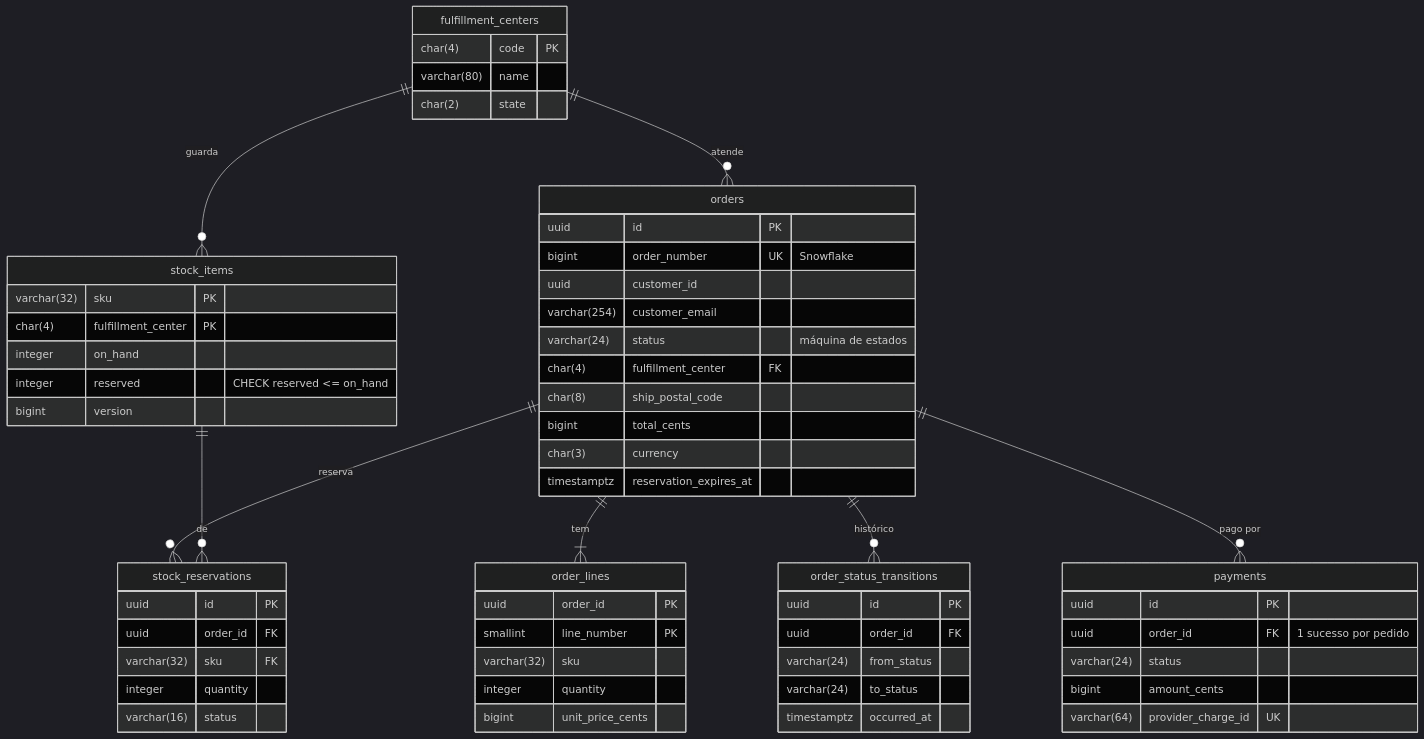
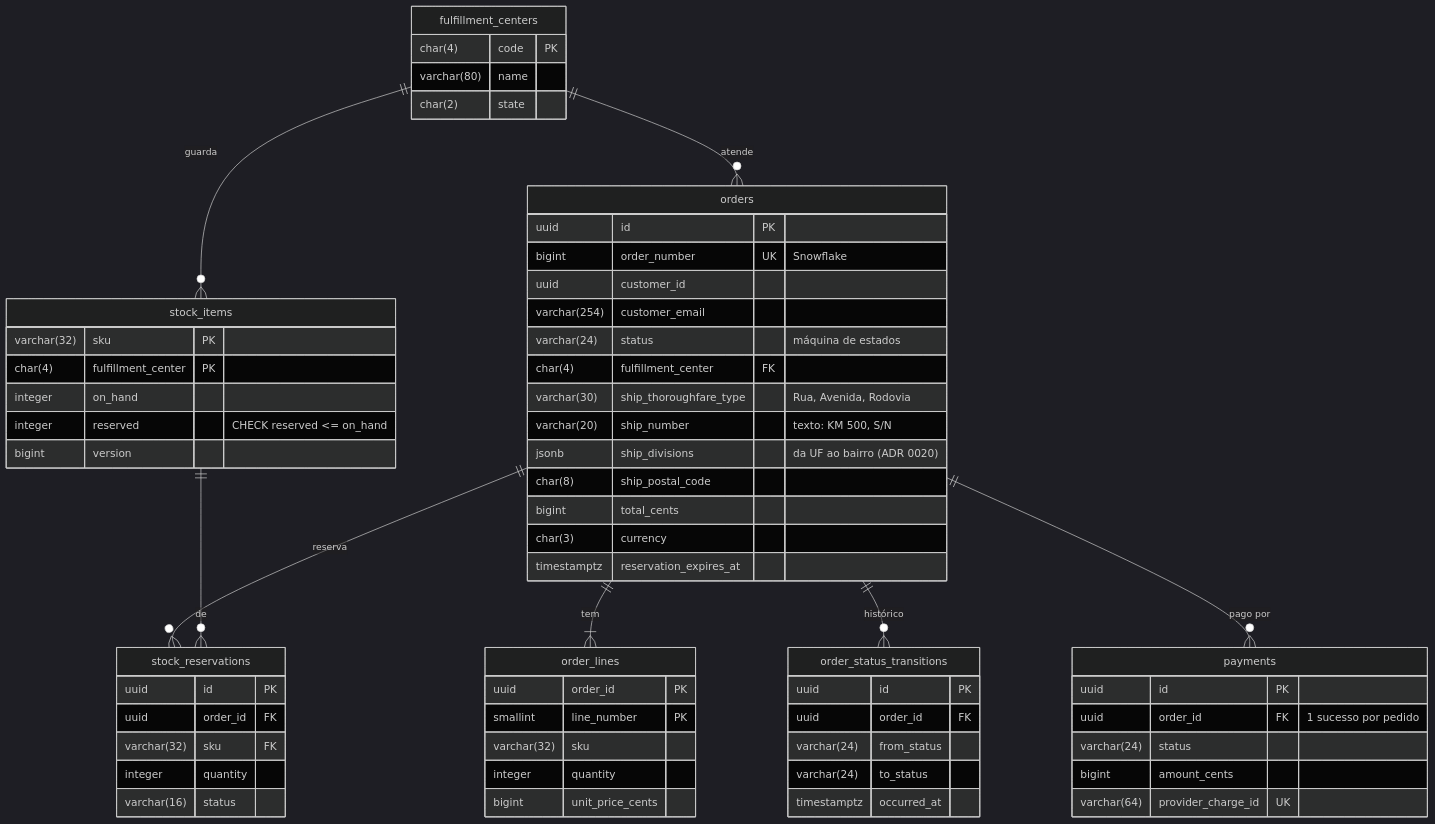
The second of 3 diagrams in docs/architecture/data-model.md (flaviotinococoutinho/Tucano_vibe_chaos), drawn with Mermaid (dark theme) before and after one commit. The commit also changed other lines of this file and 12 other files, not shown here.

````diff
--- a/docs/architecture/data-model.md
+++ b/docs/architecture/data-model.md
@@ -65,63 +65,66 @@
 ```mermaid
 erDiagram
   fulfillment_centers ||--o{ stock_items : "guarda"
   fulfillment_centers ||--o{ orders : "atende"
   orders ||--|{ order_lines : "tem"
   orders ||--o{ order_status_transitions : "histórico"
   orders ||--o{ stock_reservations : "reserva"
   stock_items ||--o{ stock_reservations : "de"
   orders ||--o{ payments : "pago por"
 
   fulfillment_centers {
     char(4) code PK
     varchar(80) name
     char(2) state
   }
   orders {
     uuid id PK
     bigint order_number UK "Snowflake"
     uuid customer_id
     varchar(254) customer_email
     varchar(24) status "máquina de estados"
     char(4) fulfillment_center FK
+    varchar(30) ship_thoroughfare_type "Rua, Avenida, Rodovia"
+    varchar(20) ship_number "texto: KM 500, S/N"
+    jsonb ship_divisions "da UF ao bairro (ADR 0020)"
     char(8) ship_postal_code
     bigint total_cents
     char(3) currency
     timestamptz reservation_expires_at
   }
   order_lines {
     uuid order_id PK
     smallint line_number PK
     varchar(32) sku
     integer quantity
     bigint unit_price_cents
   }
   order_status_transitions {
     uuid id PK
     uuid order_id FK
     varchar(24) from_status
     varchar(24) to_status
     timestamptz occurred_at
   }
   stock_items {
     varchar(32) sku PK
     char(4) fulfillment_center PK
     integer on_hand
     integer reserved "CHECK reserved <= on_hand"
     bigint version
   }
   stock_reservations {
     uuid id PK
     uuid order_id FK
     varchar(32) sku FK
     integer quantity
     varchar(16) status
   }
   payments {
     uuid id PK
     uuid order_id FK "1 sucesso por pedido"
     varchar(24) status
     bigint amount_cents
     varchar(64) provider_charge_id UK
   }
 ```
````
